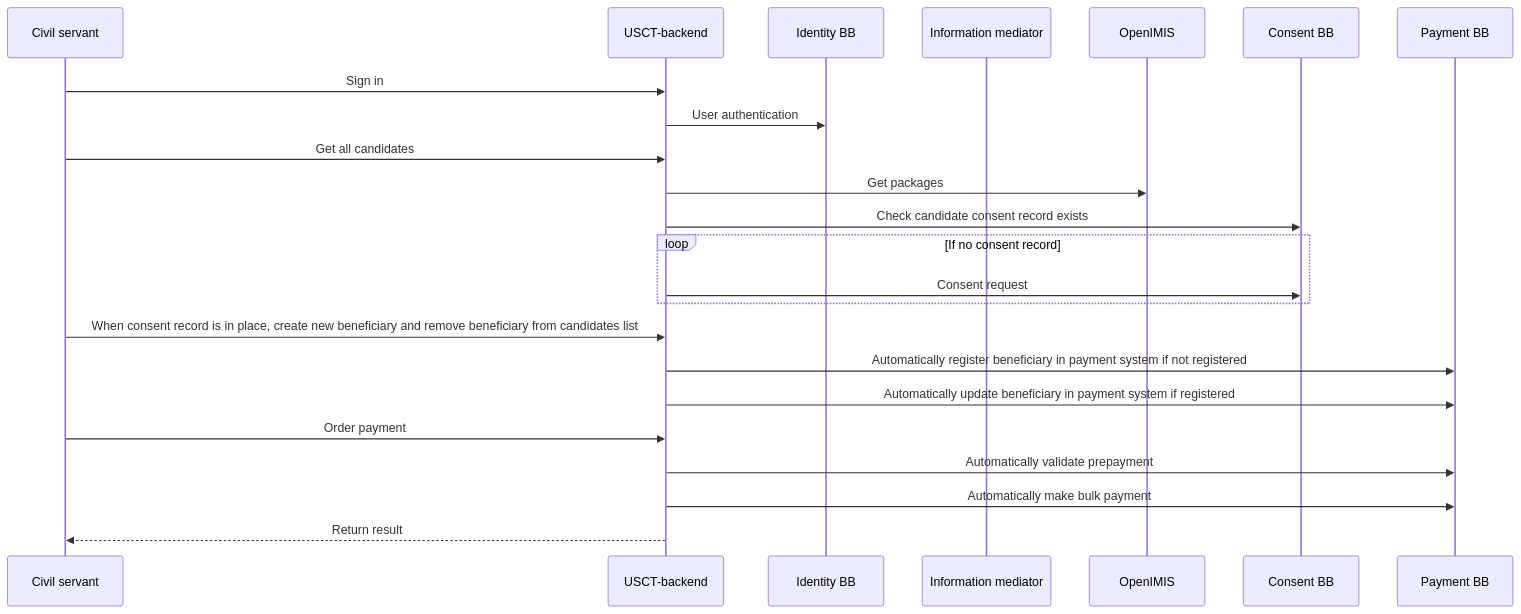
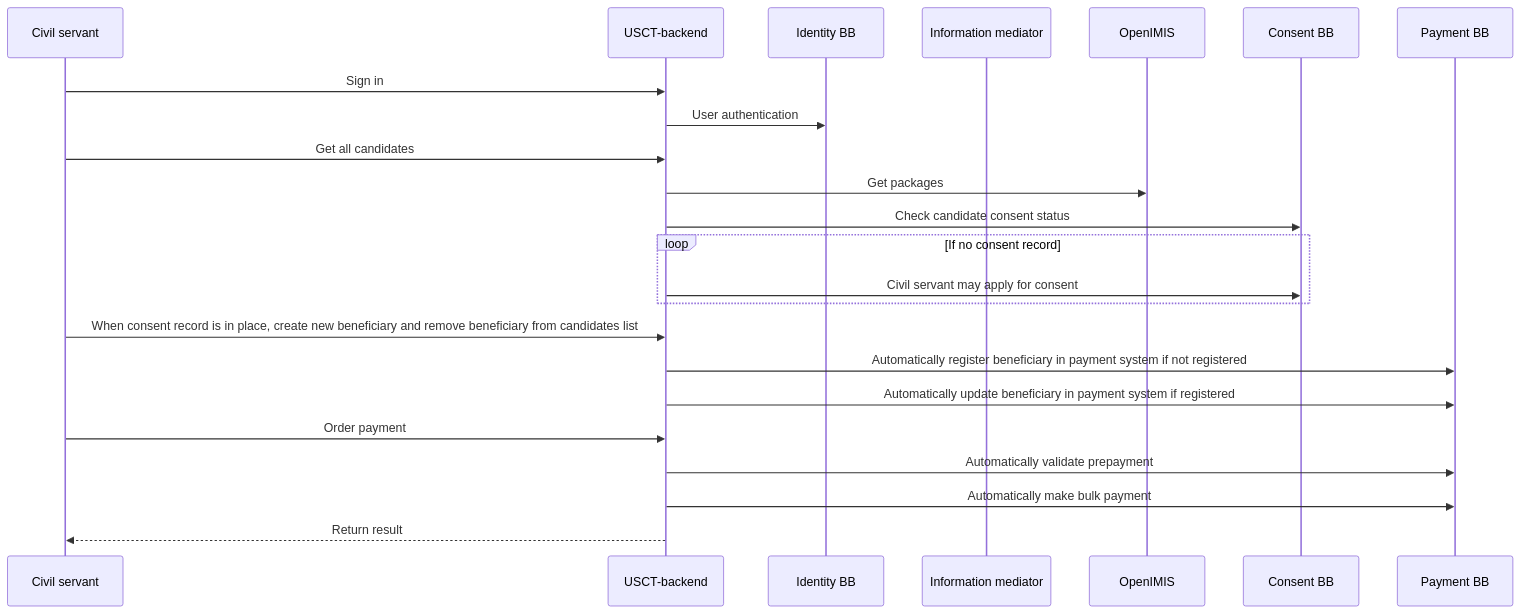
Before and after one commit to GovStackWorkingGroup/sandbox-usecase-usct-backend: the diagram in docs/main.md, drawn with Mermaid. The commit also changed 2 other files, not shown here.

Commit message:
Documentation improvement

````diff
--- a/docs/main.md
+++ b/docs/main.md
@@ -13,20 +13,20 @@
 ```mermaid
 sequenceDiagram
     Civil servant ->> USCT-backend: Sign in
     USCT-backend ->> Identity BB: User authentication
     participant im as Information mediator
 
     Civil servant ->> USCT-backend: Get all candidates
     USCT-backend ->> OpenIMIS: Get packages
-    USCT-backend ->> Consent BB: Check candidate consent record exists
+    USCT-backend ->> Consent BB: Check candidate consent status
     loop If no consent record
-      USCT-backend ->>Consent BB: Consent request
+      USCT-backend ->>Consent BB: Civil servant may apply for consent
     end
   Civil servant ->> USCT-backend: When consent record is in place, create new beneficiary and remove beneficiary from candidates list
     USCT-backend ->> Payment BB: Automatically register beneficiary in payment system if not registered
     USCT-backend ->> Payment BB: Automatically update beneficiary in payment system if registered
     Civil servant ->> USCT-backend: Order payment
     USCT-backend ->> Payment BB: Automatically validate prepayment
     USCT-backend ->> Payment BB: Automatically make bulk payment
     USCT-backend -->> Civil servant: Return result
 ```
````
